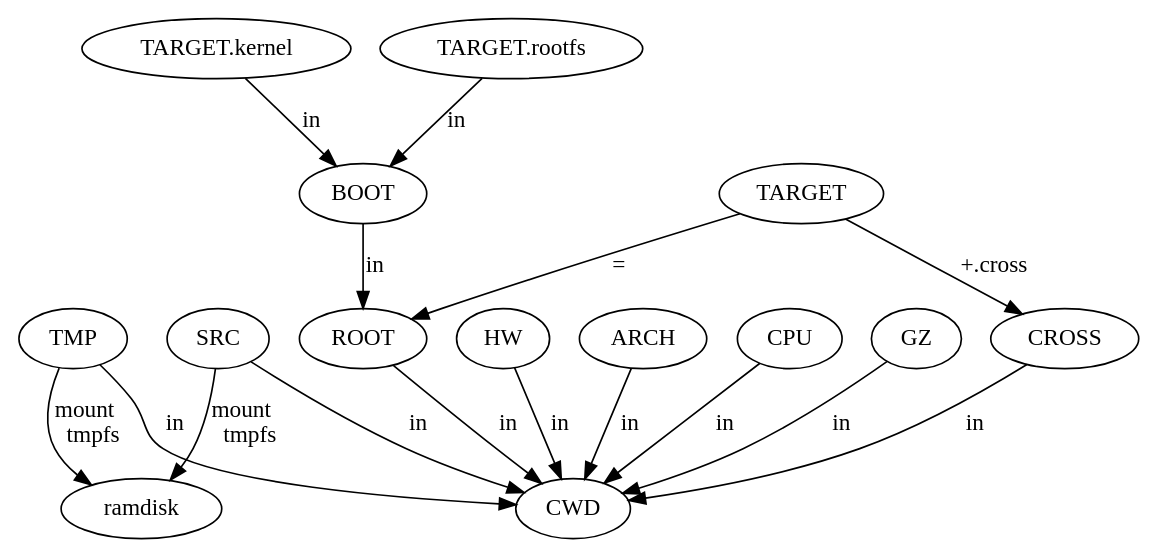
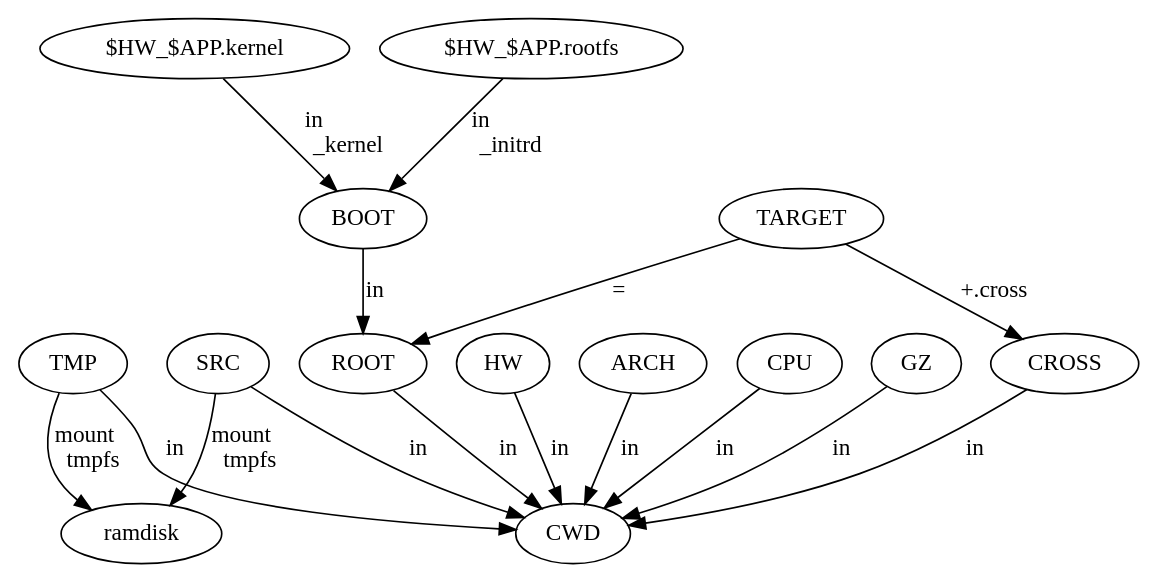
Before and after one commit to ponyatov/DLR: the diagram in doc/cross/02.dot, drawn with Graphviz. The commit also changed 3 other files, not shown here.

```diff
--- a/doc/cross/02.dot
+++ b/doc/cross/02.dot
@@ -1,20 +1,17 @@
 digraph {
 GZ -> CWD [label=in];
 CROSS -> CWD [label=in];
 TMP -> CWD [label=in];
 SRC -> CWD [label=in];
 ROOT -> CWD [label=in];
 BOOT -> ROOT [label=in];
 TARGET -> CROSS [label="+.cross"];
 TARGET -> ROOT [label="="];
 HW -> CWD [label=in];
 ARCH -> CWD [label=in];
 CPU -> CWD [label=in];
 TMP -> ramdisk [label="mount\ltmpfs"];
 SRC -> ramdisk [label="mount\ltmpfs"];
-"TARGET.kernel" -> BOOT [label=in];
-"TARGET.rootfs" -> BOOT [label=in];
-#TARGET -> "TARGET.kernel" [label=def];
-#TARGET -> "TARGET.rootfs" [label=def];
-#ARCH -> TARGET [label=def];
+"$HW_$APP.kernel" -> BOOT [label="in\l_kernel"];
+"$HW_$APP.rootfs" -> BOOT [label="in\l_initrd"];
 }
```
